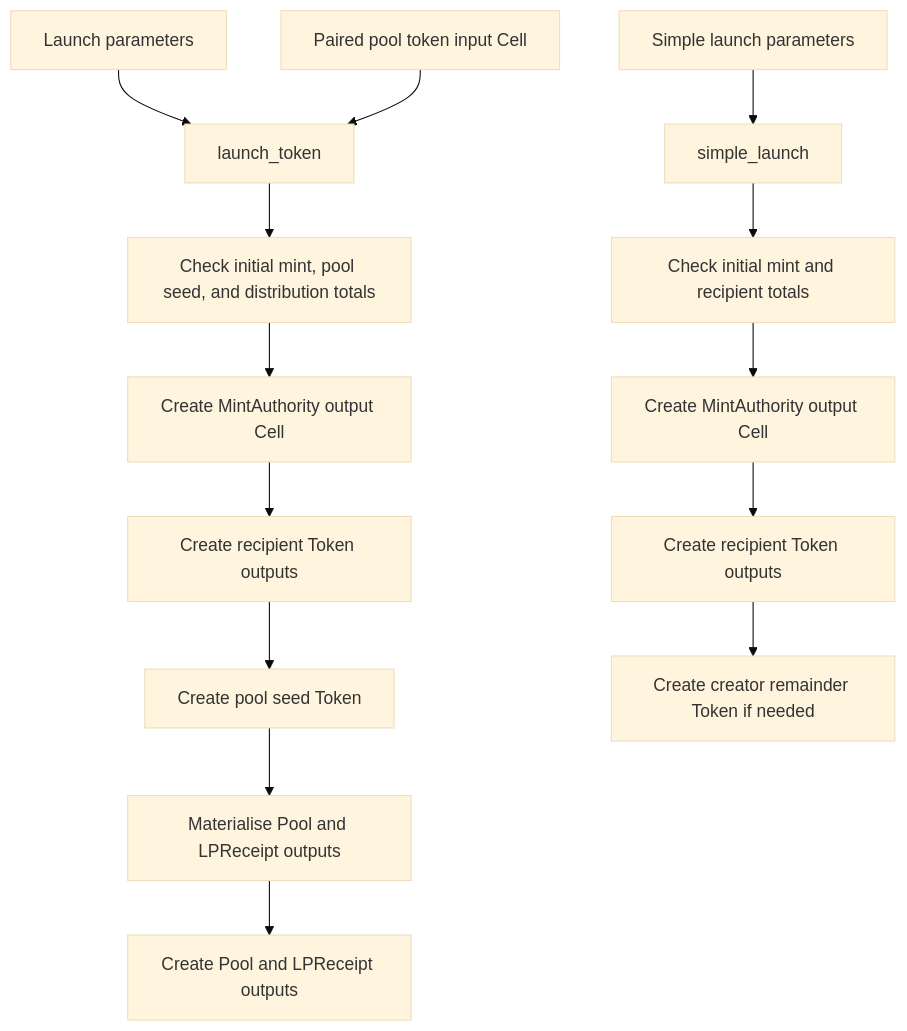
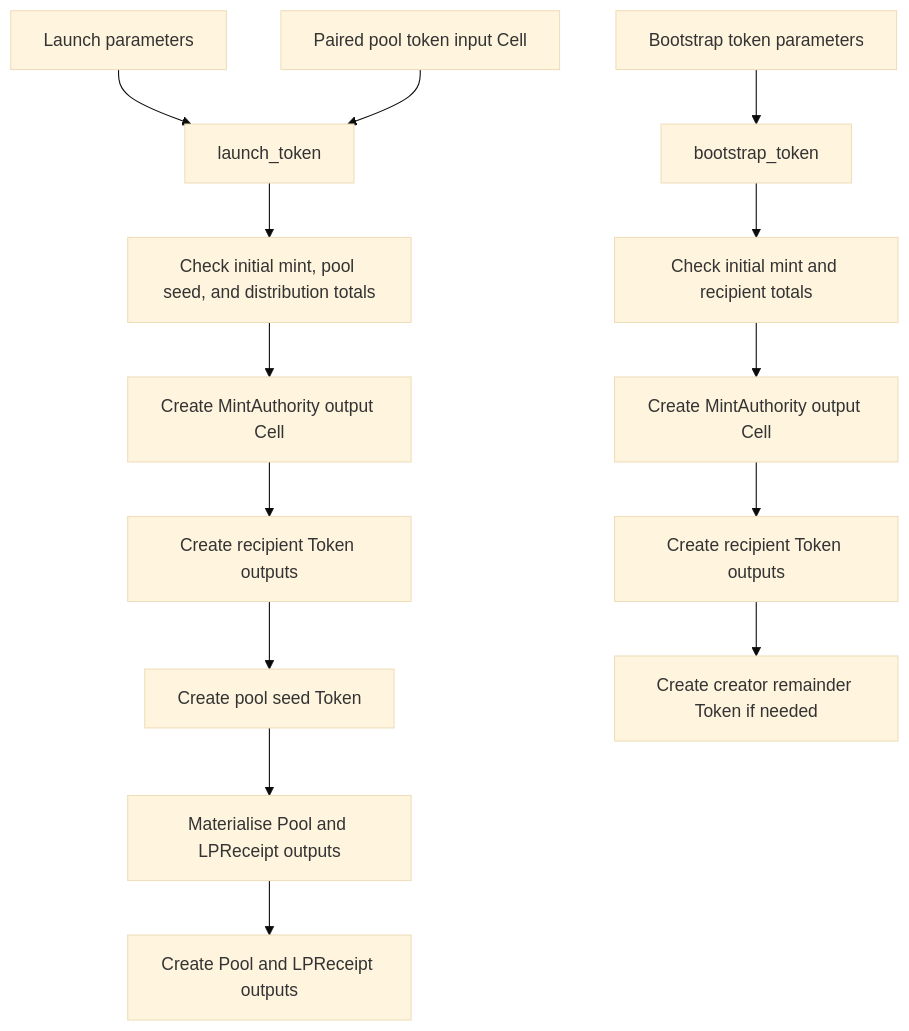
One commit to CellScript-Labs/CellScript changed the third of 12 diagrams in docs/CELLSCRIPT_EXAMPLE_BUSINESS_FLOWS.md. Above: the diagram before and after it, drawn with Mermaid (base theme). The commit also changed other lines of this file and 12 other files, not shown here.

Commit message:
Close token AMM bootstrap production gaps

````diff
--- a/docs/CELLSCRIPT_EXAMPLE_BUSINESS_FLOWS.md
+++ b/docs/CELLSCRIPT_EXAMPLE_BUSINESS_FLOWS.md
@@ -130,17 +130,17 @@
 ```mermaid
 flowchart TD
     A["Launch parameters"] --> B["launch_token"]
     C["Paired pool token input Cell"] --> B
     B --> D["Check initial mint, pool seed, and distribution totals"]
     D --> E["Create MintAuthority output Cell"]
     E --> F["Create recipient Token outputs"]
     F --> G["Create pool seed Token"]
     G --> H["Materialise Pool and LPReceipt outputs"]
     H --> I["Create Pool and LPReceipt outputs"]
 
-    J["Simple launch parameters"] --> K["simple_launch"]
+    J["Bootstrap token parameters"] --> K["bootstrap_token"]
     K --> L["Check initial mint and recipient totals"]
     L --> M["Create MintAuthority output Cell"]
     M --> N["Create recipient Token outputs"]
     N --> O["Create creator remainder Token if needed"]
 ```
````
